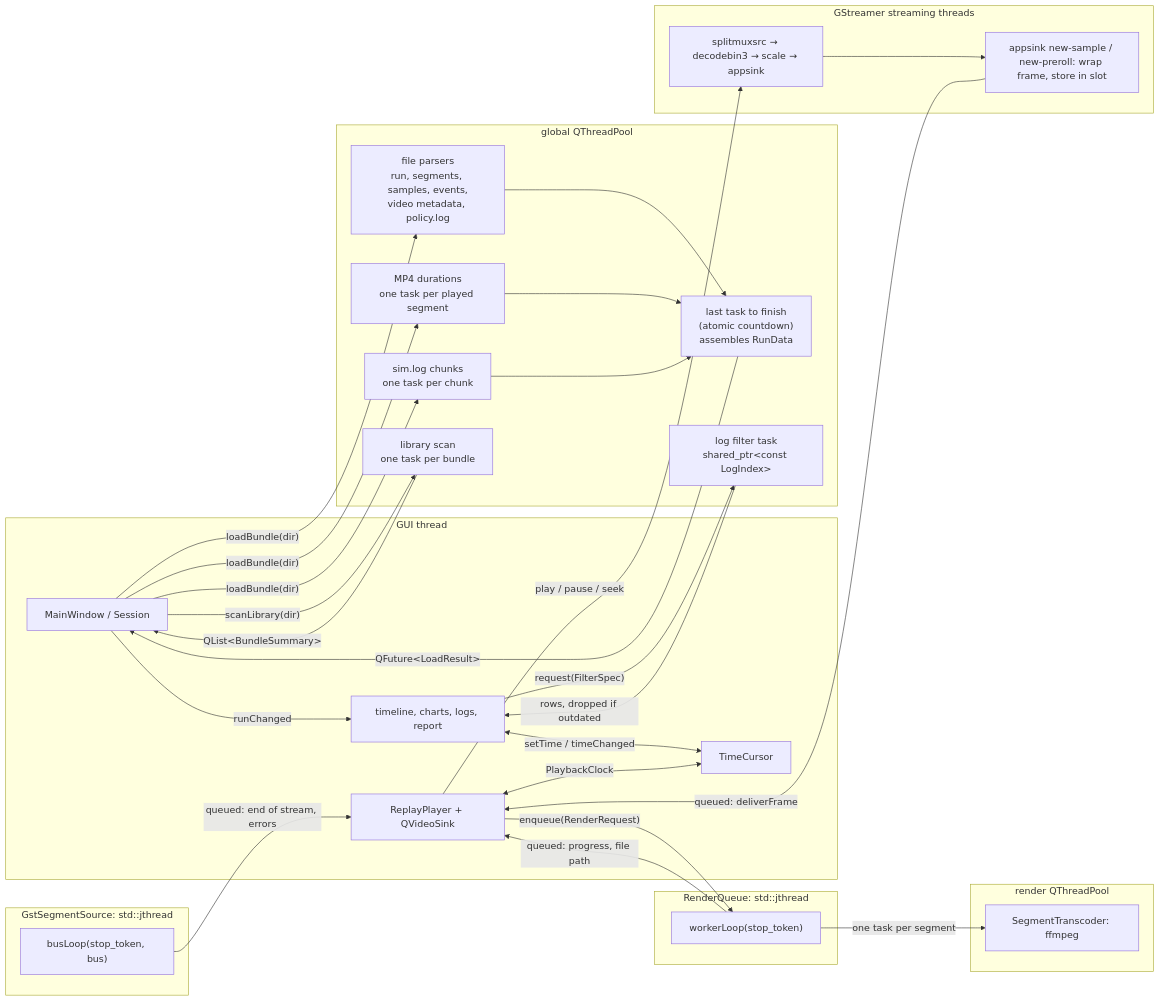
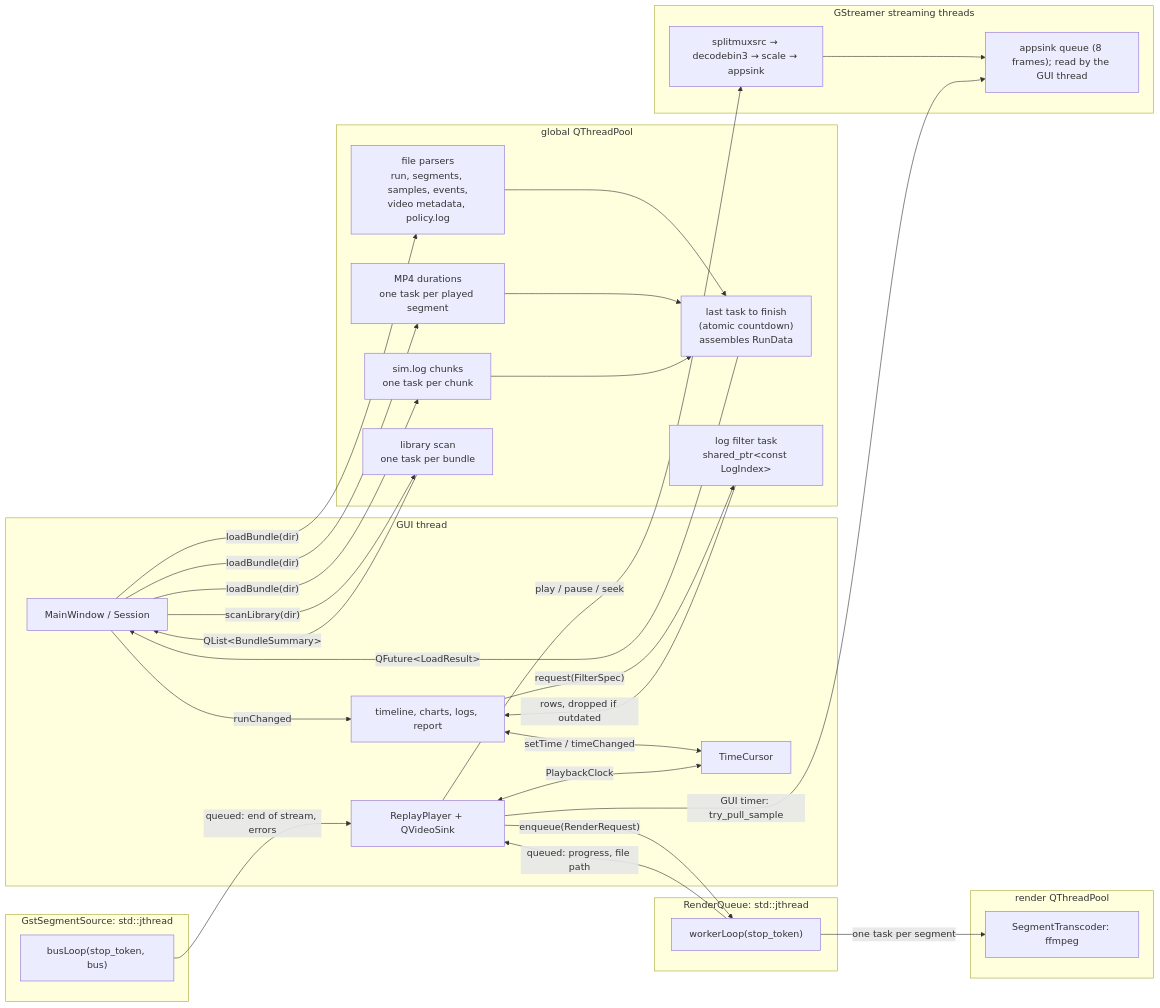
One commit to muhammadadeelzahid/replay-lab changed the fourth of 4 diagrams in docs/diagrams.md. Above: the diagram before and after it, drawn with Mermaid. The commit also changed other lines of this file and 32 other files, not shown here.

````diff
--- a/docs/diagrams.md
+++ b/docs/diagrams.md
@@ -355,57 +365,57 @@
 ```mermaid
 flowchart LR
   subgraph GUI["GUI thread"]
     MW["MainWindow / Session"]
     CUR["TimeCursor"]
     PANELS["timeline, charts, logs, report"]
     RP["ReplayPlayer + QVideoSink"]
   end
 
   subgraph POOL["global QThreadPool"]
     FILES["file parsers<br/>run, segments, samples, events,<br/>video metadata, policy.log"]
     MP4["MP4 durations<br/>one task per played segment"]
     SIMLOG["sim.log chunks<br/>one task per chunk"]
     JOIN["last task to finish<br/>(atomic countdown)<br/>assembles RunData"]
     SCAN["library scan<br/>one task per bundle"]
     FILT["log filter task<br/>shared_ptr#lt;const LogIndex#gt;"]
   end
 
   subgraph RQ["RenderQueue: std::jthread"]
     WL["workerLoop(stop_token)"]
   end
 
   subgraph RPOOL["render QThreadPool"]
     FF["SegmentTranscoder: ffmpeg"]
   end
 
   subgraph GST["GStreamer streaming threads"]
     PIPE["splitmuxsrc → decodebin3 → scale → appsink"]
-    CB["appsink new-sample / new-preroll: wrap frame, store in slot"]
+    CB["appsink queue (8 frames); read by the GUI thread"]
   end
 
   subgraph BUS["GstSegmentSource: std::jthread"]
     BL["busLoop(stop_token, bus)"]
   end
 
   MW -- "loadBundle(dir)" --> FILES
   MW -- "loadBundle(dir)" --> MP4
   MW -- "loadBundle(dir)" --> SIMLOG
   FILES --> JOIN
   MP4 --> JOIN
   SIMLOG --> JOIN
   JOIN -- "QFuture#lt;LoadResult#gt;" --> MW
   MW -- "scanLibrary(dir)" --> SCAN
   SCAN -- "QList#lt;BundleSummary#gt;" --> MW
   MW -- "runChanged" --> PANELS
   PANELS -- "request(FilterSpec)" --> FILT
   FILT -- "rows, dropped if outdated" --> PANELS
   PANELS <-- "setTime / timeChanged" --> CUR
   RP <-- "PlaybackClock" --> CUR
   RP -- "enqueue(RenderRequest)" --> WL
   WL -- "one task per segment" --> FF
   WL -- "queued: progress, file path" --> RP
   RP -- "play / pause / seek" --> PIPE
   PIPE --> CB
-  CB -- "queued: deliverFrame" --> RP
+  RP -- "GUI timer: try_pull_sample" --> CB
   BL -- "queued: end of stream, errors" --> RP
 ```
````
